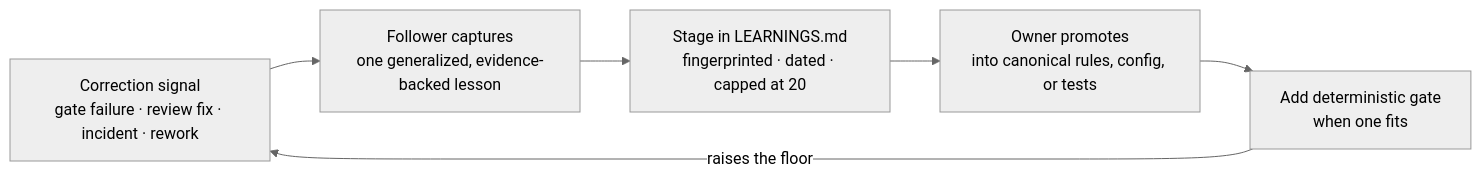
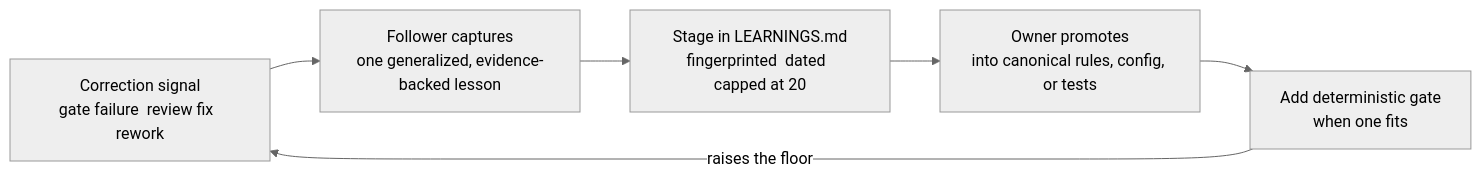
One commit to enumind/modonome changed the fourth of 4 diagrams in ARCHITECTURE.md. Above: the diagram before and after it, drawn with Mermaid (neutral theme). The commit also changed other lines of this file and 8 other files, not shown here.

First line of the commit message:
docs: rewrite ARCHITECTURE.md diagrams and file ADR-006 through ADR-013

````diff
--- a/ARCHITECTURE.md
+++ b/ARCHITECTURE.md
@@ -97,11 +129,11 @@
 ```mermaid
 flowchart LR
-  signal["Correction signal\ngate failure · review fix · incident · rework"]
+  signal["Correction signal\ngate failure  review fix  rework"]
   capture["Follower captures\none generalized, evidence-backed lesson"]
-  stage["Stage in LEARNINGS.md\nfingerprinted · dated · capped at 20"]
+  stage["Stage in LEARNINGS.md\nfingerprinted  dated  capped at 20"]
   promote["Owner promotes\ninto canonical rules, config, or tests"]
   gate["Add deterministic gate\nwhen one fits"]
 
   signal --> capture --> stage --> promote --> gate
   gate -->|raises the floor| signal
 ```
````
